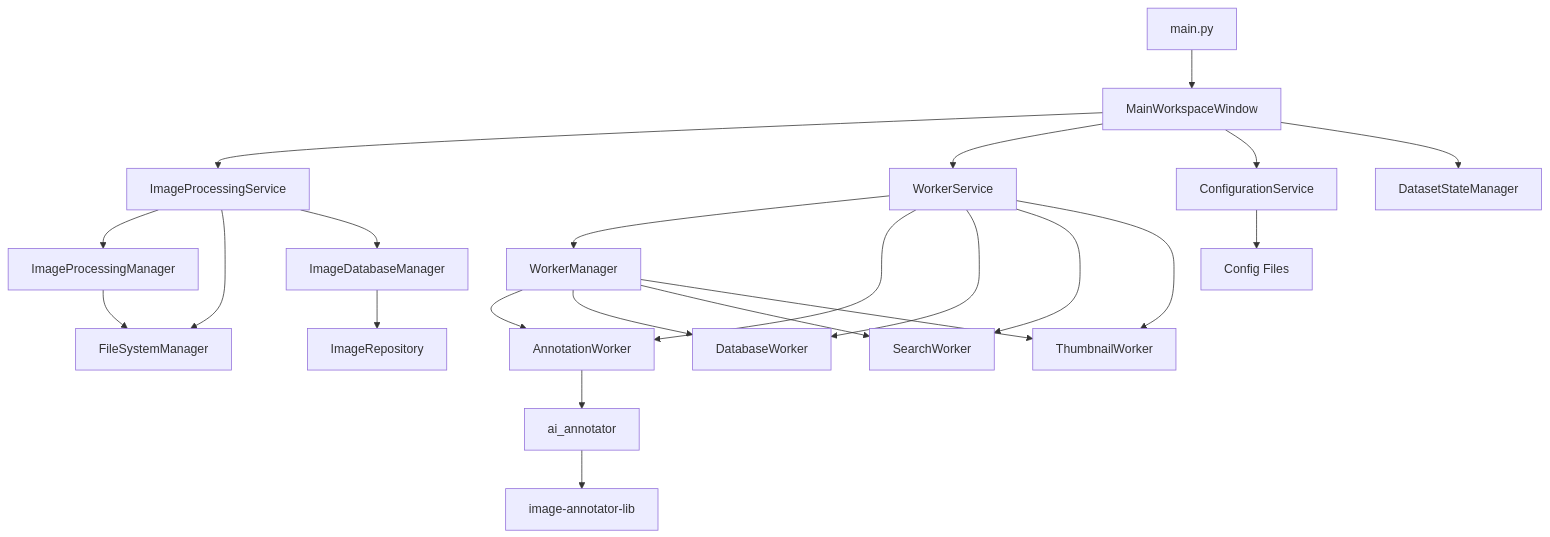
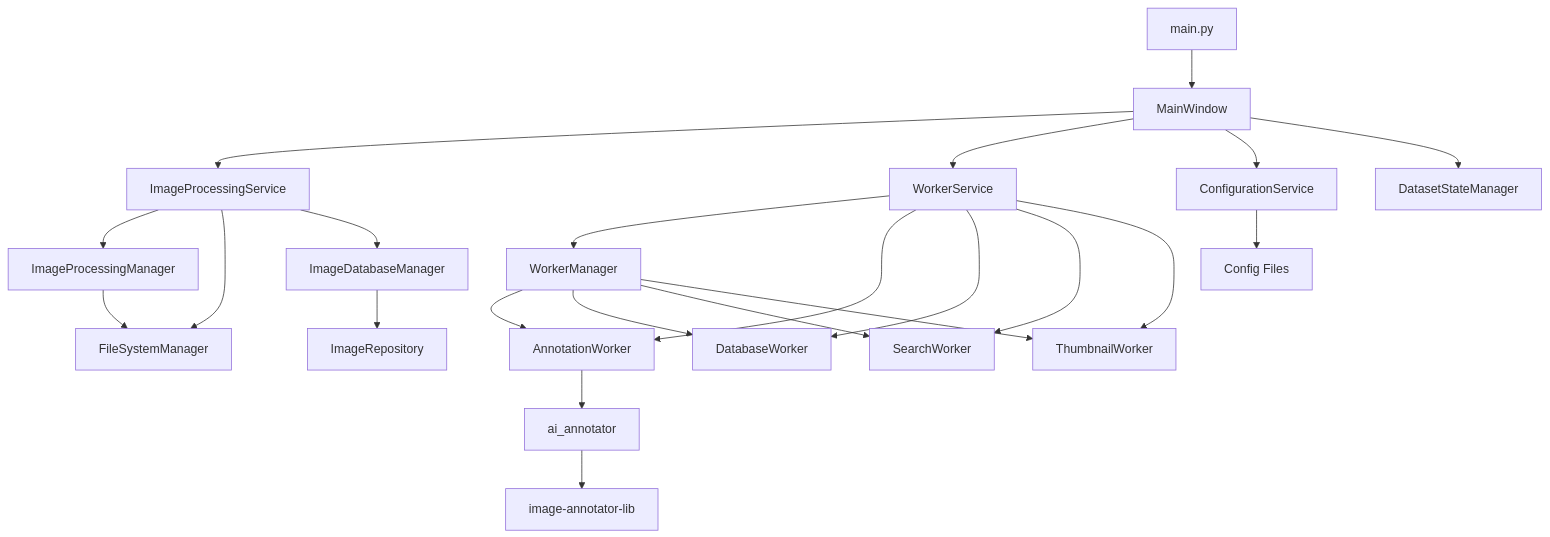
The first of 16 diagrams in docs/architecture.md (NEXTAltair/LoRAIro), drawn with Mermaid before and after one commit. The commit also changed other lines of this file and 11 other files, not shown here.

First line of the commit message:
docs: complete Phase 3 documentation cleanup and architecture analysis

````diff
--- a/docs/architecture.md
+++ b/docs/architecture.md
@@ -46,25 +45,25 @@
 ```mermaid
 graph TD
-    A[main.py] --> B[MainWorkspaceWindow]
+    A[main.py] --> B[MainWindow]
     B --> C[ImageProcessingService]
     B --> D[WorkerService]
     B --> E[ConfigurationService]
     B --> F[DatasetStateManager]
     C --> G[ImageProcessingManager]
     C --> H[FileSystemManager]
     C --> I[ImageDatabaseManager]
     D --> J[WorkerManager]
     D --> K[AnnotationWorker]
     D --> L[DatabaseWorker]
     D --> M[SearchWorker]
     D --> N[ThumbnailWorker]
     K --> O[ai_annotator]
     O --> P[image-annotator-lib]
     E --> Q[Config Files]
     G --> H
     I --> R[ImageRepository]
     J --> K
     J --> L
     J --> M
     J --> N
 ```
````
